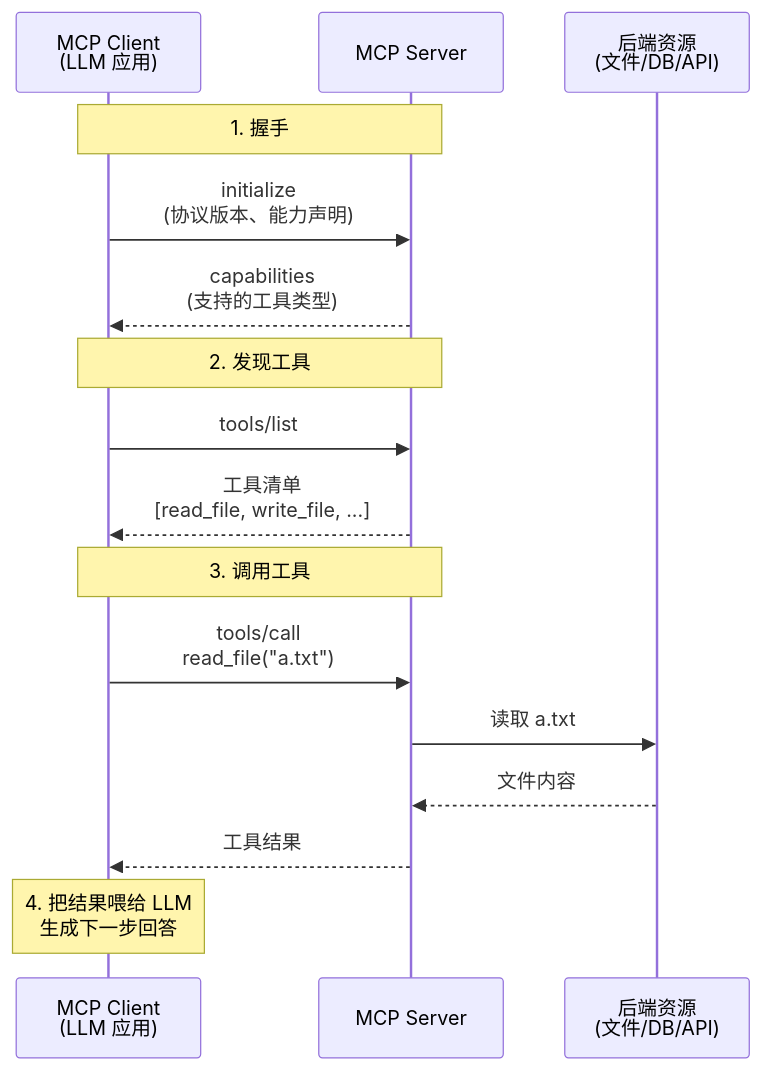
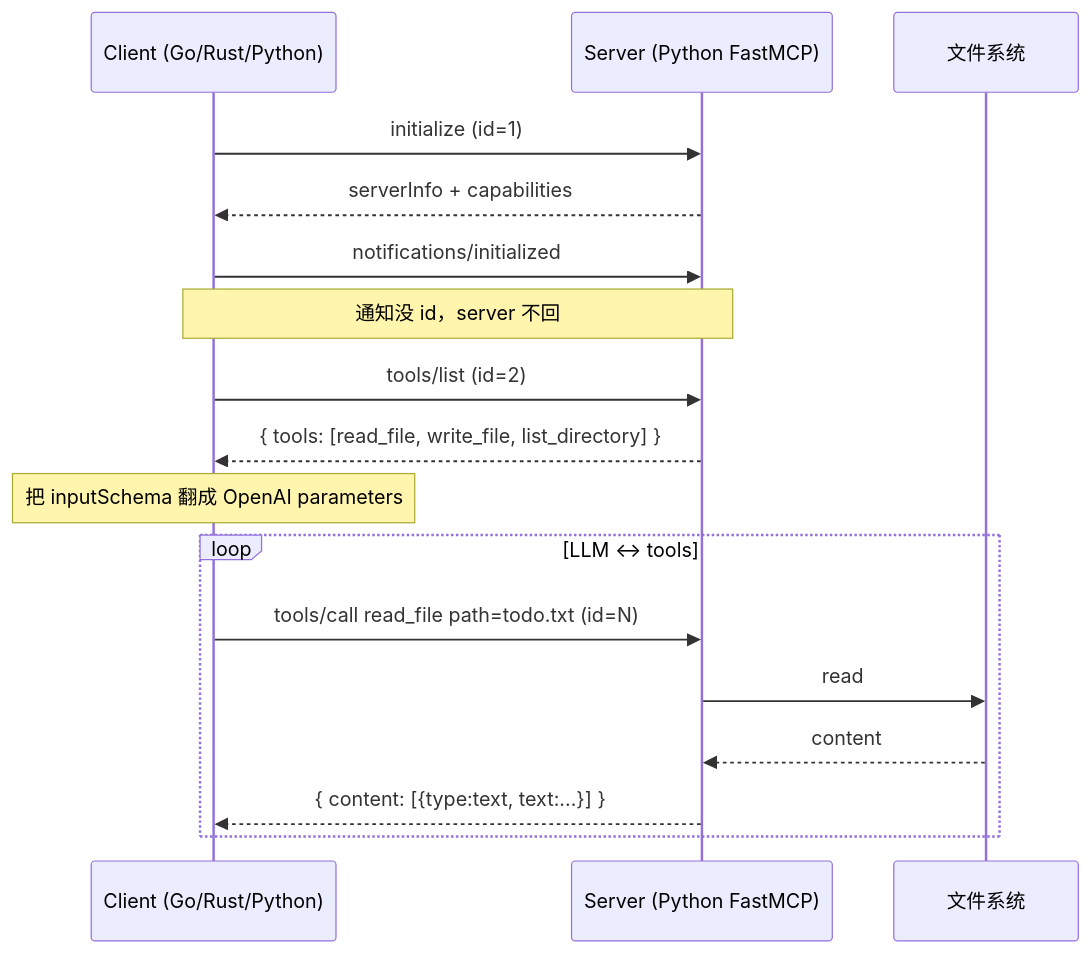
One commit to gocronx/llm changed the diagram in 04-mcp-demo/README.md. Above: the diagram before and after it, drawn with Mermaid. The commit also changed other lines of this file and 247 other files, not shown here.

````diff
--- a/04-mcp-demo/README.md
+++ b/04-mcp-demo/README.md
@@ -11,22 +7,20 @@
 ```mermaid
 sequenceDiagram
-    participant C as MCP Client<br/>(LLM 应用)
-    participant S as MCP Server
-    participant R as 后端资源<br/>(文件/DB/API)
+    participant C as Client (Go/Rust/Python)
+    participant S as Server (Python FastMCP)
+    participant FS as 文件系统
 
-    Note over C,S: 1. 握手
-    C->>S: initialize<br/>(协议版本、能力声明)
-    S-->>C: capabilities<br/>(支持的工具类型)
-
-    Note over C,S: 2. 发现工具
-    C->>S: tools/list
-    S-->>C: 工具清单<br/>[read_file, write_file, ...]
-
-    Note over C,S: 3. 调用工具
-    C->>S: tools/call<br/>read_file("a.txt")
-    S->>R: 读取 a.txt
-    R-->>S: 文件内容
-    S-->>C: 工具结果
-
-    Note over C: 4. 把结果喂给 LLM<br/>生成下一步回答
+    C->>S: initialize (id=1)
+    S-->>C: serverInfo + capabilities
+    C->>S: notifications/initialized
+    Note over C,S: 通知没 id，server 不回
+    C->>S: tools/list (id=2)
+    S-->>C: { tools: [read_file, write_file, list_directory] }
+    Note over C: 把 inputSchema 翻成 OpenAI parameters
+    loop LLM ↔ tools
+        C->>S: tools/call read_file path=todo.txt (id=N)
+        S->>FS: read
+        FS-->>S: content
+        S-->>C: { content: [{type:text, text:...}] }
+    end
 ```
````
